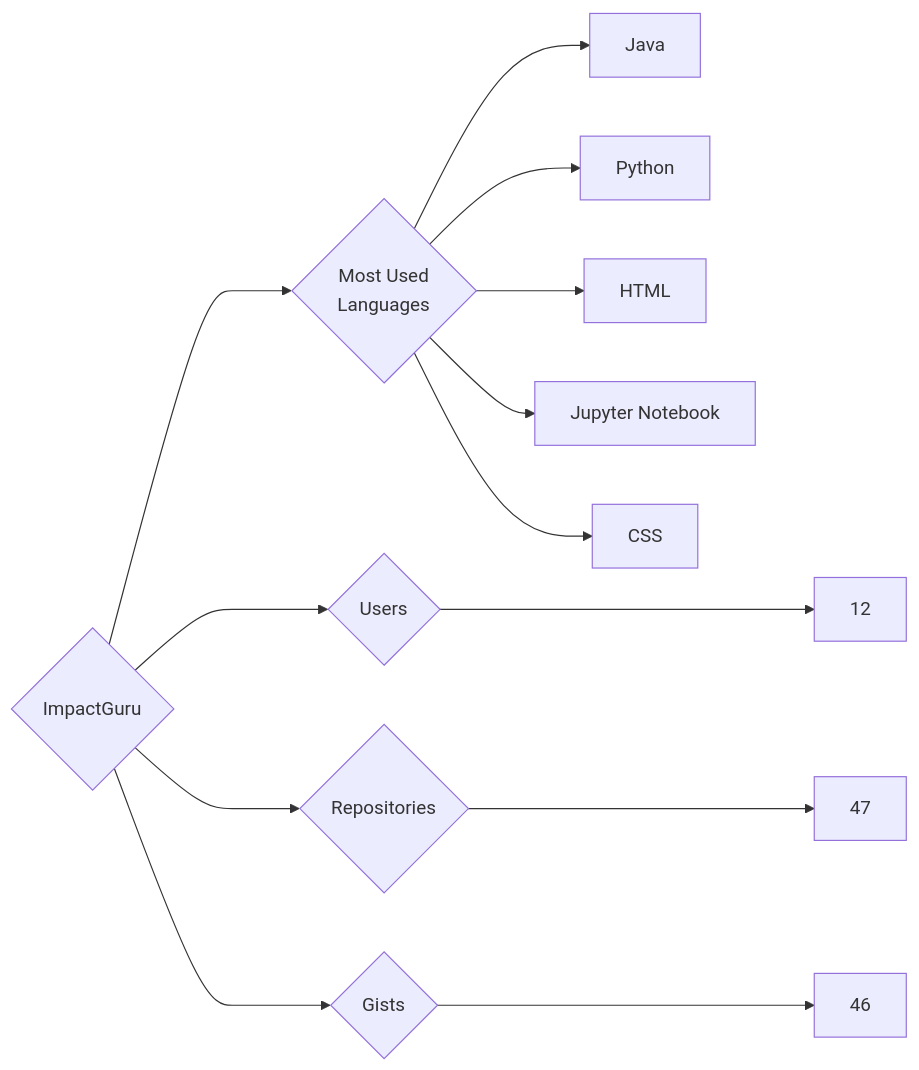
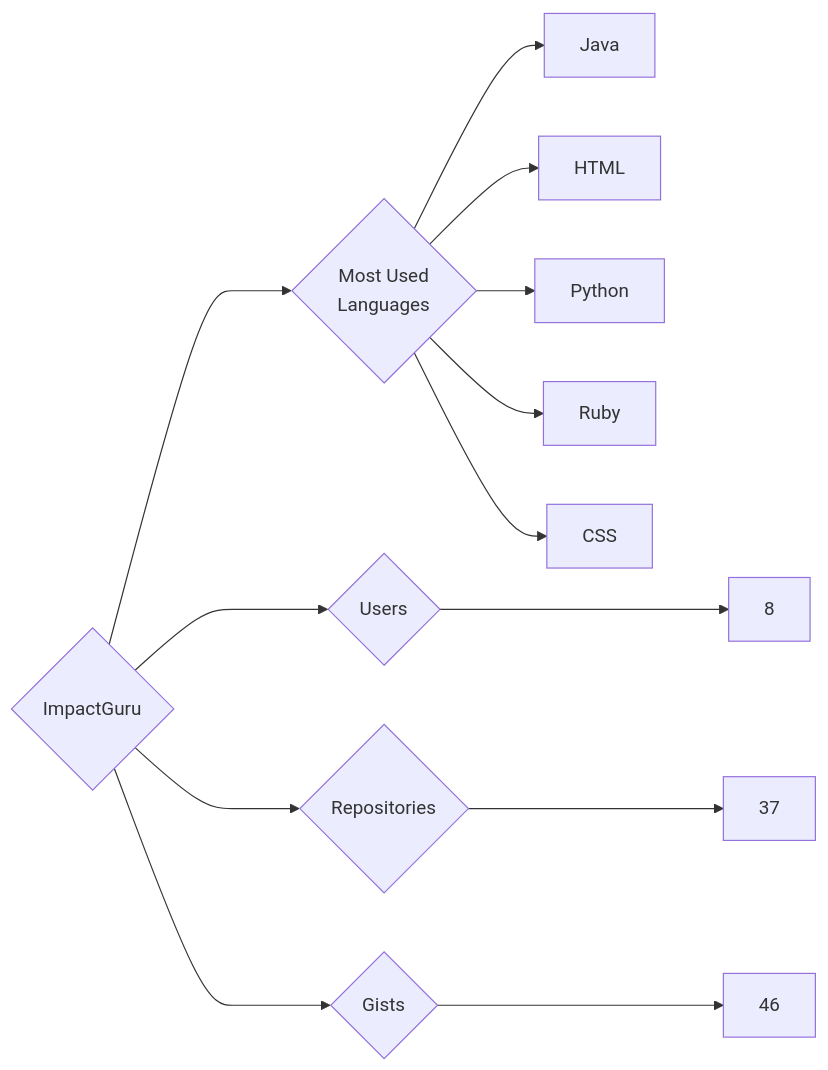
One commit to trickest/insiders changed the diagram in targets/ImpactGuru/README.md. Above: the diagram before and after it, drawn with Mermaid. The commit also changed 927 other files, not shown here.

````diff
--- a/targets/ImpactGuru/README.md
+++ b/targets/ImpactGuru/README.md
@@ -3,13 +3,13 @@
 ```mermaid
 graph LR
 COMPANY_NAME{ImpactGuru}
-COMPANY_NAME ---> U{Users} ---> UN[12]
-COMPANY_NAME ---> R{Repositories} ---> RN[47]
+COMPANY_NAME ---> U{Users} ---> UN[8]
+COMPANY_NAME ---> R{Repositories} ---> RN[37]
 COMPANY_NAME ---> G{Gists} ---> GN[46]
 COMPANY_NAME ---> ML{Most Used<br>Languages}
 ML --> Java[Java]
+ML --> HTML[HTML]
 ML --> Python[Python]
-ML --> HTML[HTML]
-ML --> Jupyter_Notebook[Jupyter Notebook]
+ML --> Ruby[Ruby]
 ML --> CSS[CSS]
 ```
````
